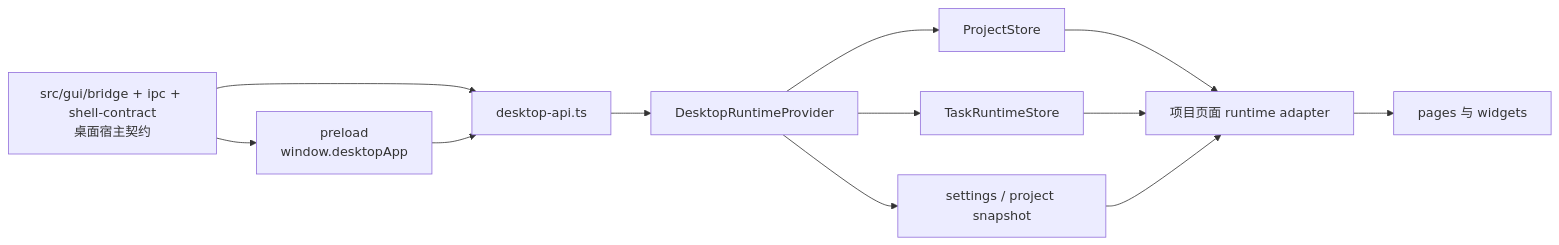
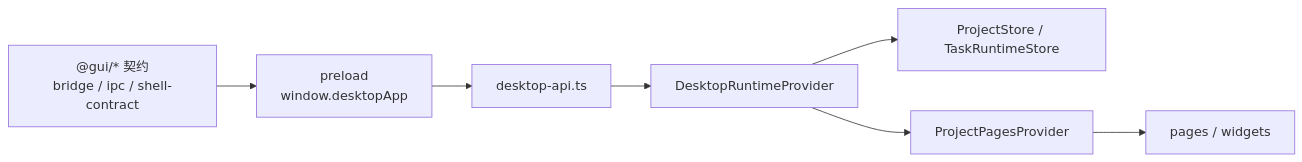
One commit to neavo/LinguaGacha changed the diagram in docs/FRONTEND.md. Above: the diagram before and after it, drawn with Mermaid. The commit also changed other lines of this file and 4 other files, not shown here.

````diff
--- a/docs/FRONTEND.md
+++ b/docs/FRONTEND.md
@@ -7,14 +7,9 @@
 ```mermaid
 flowchart LR
-  X["src/gui/bridge + ipc + shell-contract<br/>桌面宿主契约"] --> A["preload<br/>window.desktopApp"]
-  X --> B["desktop-api.ts"]
-  A --> B
-  B --> C["DesktopRuntimeProvider"]
-  C --> D["ProjectStore"]
-  C --> E["TaskRuntimeStore"]
-  C --> H["settings / project snapshot"]
-  D --> F["项目页面 runtime adapter"]
-  E --> F
-  H --> F
-  F --> G["pages 与 widgets"]
+  Contract["@gui/* 契约<br/>bridge / ipc / shell-contract"] --> Preload["preload<br/>window.desktopApp"]
+  Preload --> API["desktop-api.ts"]
+  API --> Runtime["DesktopRuntimeProvider"]
+  Runtime --> Store["ProjectStore / TaskRuntimeStore"]
+  Runtime --> PagesRuntime["ProjectPagesProvider"]
+  PagesRuntime --> Pages["pages / widgets"]
 ```
````
